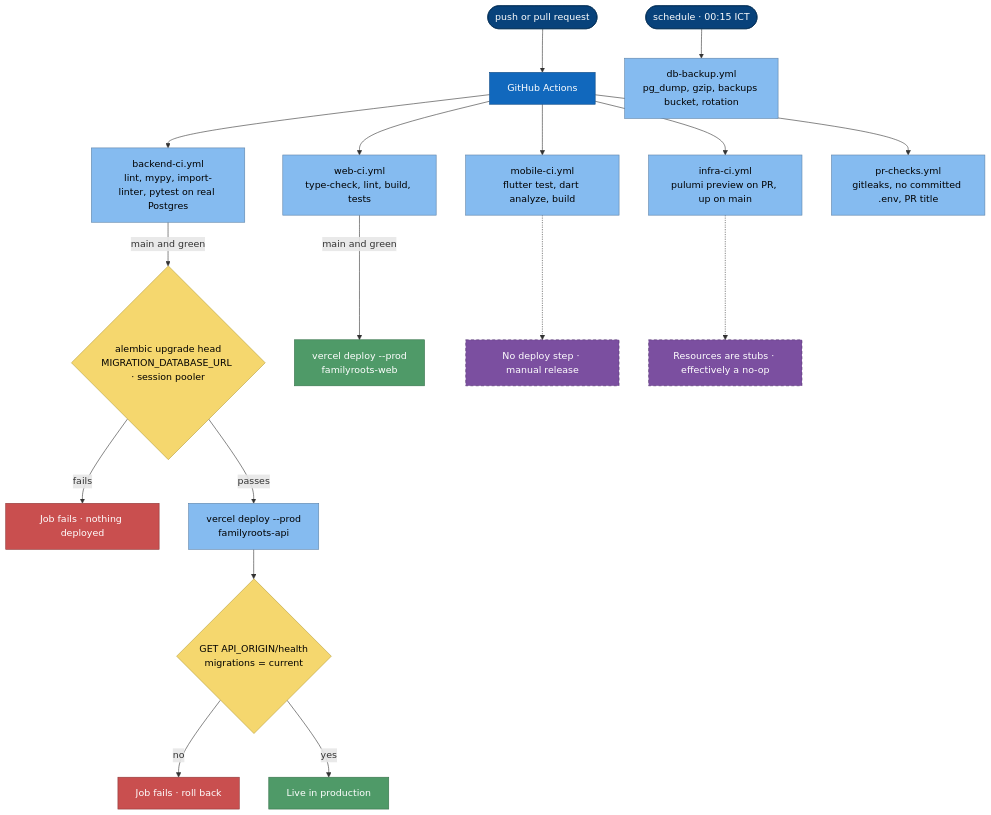
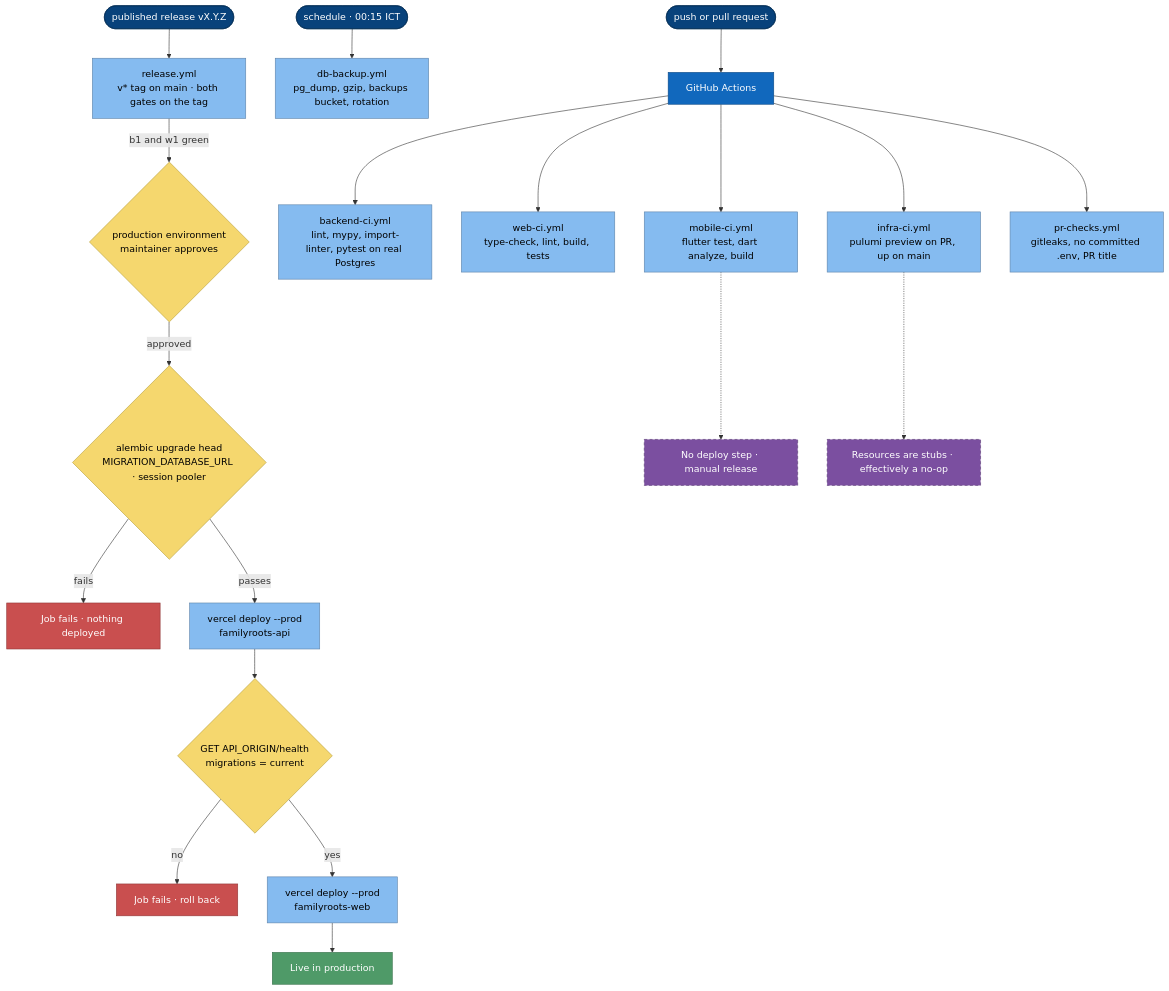
The second of 3 diagrams in docs/sad/07-deployment-view.md (namphuongtran/familyroots), drawn with Mermaid before and after one commit. The commit also changed other lines of this file and 13 other files, not shown here.

First line of the commit message:
ci: production deploys on a published release, not on every merge to main (#267)

````diff
--- a/docs/sad/07-deployment-view.md
+++ b/docs/sad/07-deployment-view.md
@@ -64,48 +64,53 @@
 ```mermaid
 graph TB
   push([push or pull request]):::person
+  release([published release vX.Y.Z]):::person
   cron([schedule · 00:15 ICT]):::person
   gha[GitHub Actions]:::host
 
   b1[backend-ci.yml<br/>lint, mypy, import-linter, pytest on real Postgres]:::comp
   w1[web-ci.yml<br/>type-check, lint, build, tests]:::comp
   m1[mobile-ci.yml<br/>flutter test, dart analyze, build]:::comp
   i1[infra-ci.yml<br/>pulumi preview on PR, up on main]:::comp
   p1[pr-checks.yml<br/>gitleaks, no committed .env, PR title]:::comp
   d1[db-backup.yml<br/>pg_dump, gzip, backups bucket, rotation]:::comp
+  r1[release.yml<br/>v* tag on main · both gates on the tag]:::comp
+  approve{production environment<br/>maintainer approves}:::dec
 
   mig{alembic upgrade head<br/>MIGRATION_DATABASE_URL · session pooler}:::dec
   stop[Job fails · nothing deployed]:::bad
   bdeploy[vercel deploy --prod<br/>familyroots-api]:::comp
   health{GET API_ORIGIN/health<br/>migrations = current}:::dec
   red[Job fails · roll back]:::bad
+  vdeploy[vercel deploy --prod<br/>familyroots-web]:::comp
   live[Live in production]:::good
-  vdeploy[vercel deploy --prod<br/>familyroots-web]:::good
   manual[No deploy step · manual release]:::v2
   noop[Resources are stubs · effectively a no-op]:::v2
 
   push --> gha
   cron --> d1
   gha --> b1
   gha --> w1
   gha --> m1
   gha --> i1
   gha --> p1
-  b1 -->|main and green| mig
+  release --> r1
+  r1 -->|b1 and w1 green| approve
+  approve -->|approved| mig
   mig -->|fails| stop
   mig -->|passes| bdeploy
   bdeploy --> health
   health -->|no| red
-  health -->|yes| live
-  w1 -->|main and green| vdeploy
+  health -->|yes| vdeploy
+  vdeploy --> live
   m1 -.-> manual
   i1 -.-> noop
 
   classDef person fill:#08427b,stroke:#052e56,color:#ffffff
   classDef host fill:#1168bd,stroke:#0b4884,color:#ffffff
   classDef comp fill:#85bbf0,stroke:#5d82a8,color:#000000
   classDef dec fill:#f5d76e,stroke:#b8a13c,color:#000000
   classDef good fill:#4f9a68,stroke:#357049,color:#ffffff
   classDef bad fill:#c94f4f,stroke:#8f3636,color:#ffffff
   classDef v2 fill:#7b4fa0,stroke:#54356f,color:#ffffff,stroke-dasharray:5 4
 ```
````
